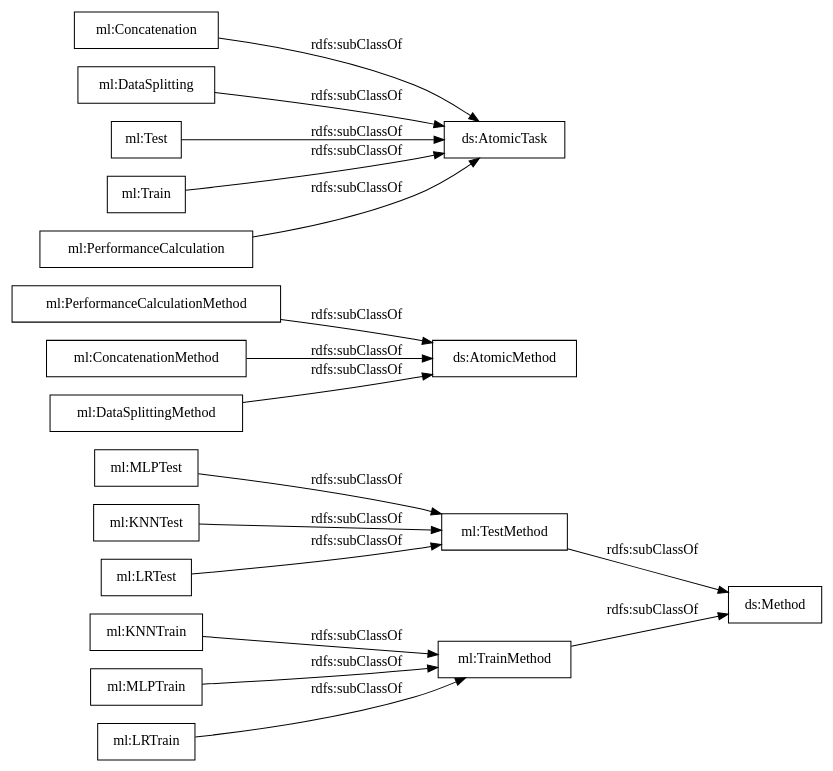
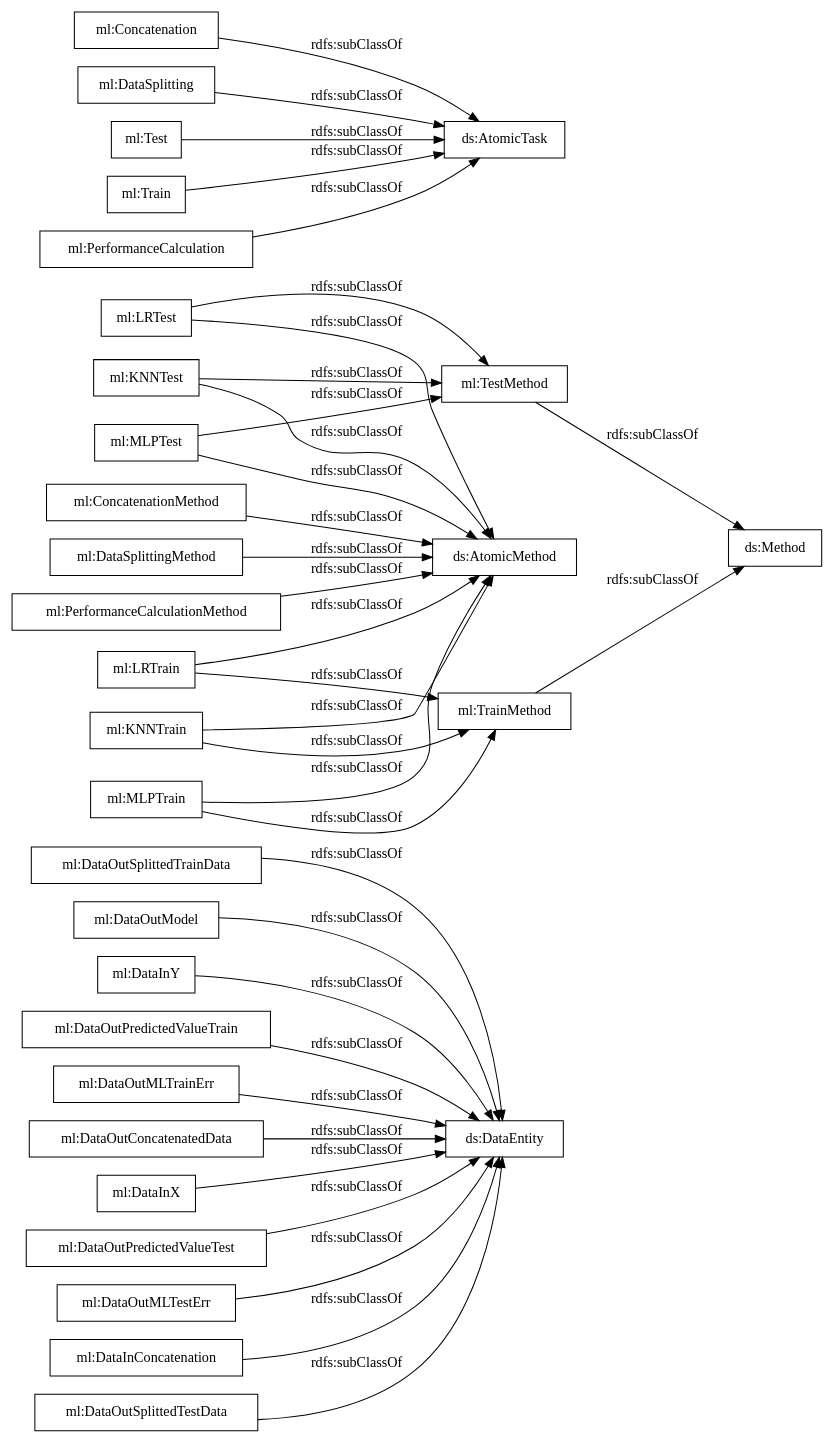
One commit to nsai-uio/ExeKGOntology changed the diagram in OnToology/ml_exeKGOntology.ttl/diagrams/ar2dtool-taxonomy/ml_exeKGOntology.ttl.png.dot. Above: the diagram before and after it, drawn with Graphviz. The commit also changed 35 other files, not shown here.

```diff
--- a/OnToology/ml_exeKGOntology.ttl/diagrams/ar2dtool-taxonomy/ml_exeKGOntology.ttl.png.dot
+++ b/OnToology/ml_exeKGOntology.ttl/diagrams/ar2dtool-taxonomy/ml_exeKGOntology.ttl.png.dot
@@ -1,22 +1,39 @@
 digraph ar2dtool_diagram { 
 rankdir=LR;
 size="1000"
-node [shape = rectangle, color="black"]; "ml:TrainMethod" "ml:PerformanceCalculationMethod" "ml:Concatenation" "ml:ConcatenationMethod" "ml:MLPTest" "ml:DataSplitting" "ml:KNNTest" "ml:Test" "ml:DataSplittingMethod" "ml:Train" "ml:PerformanceCalculation" "ml:LRTest" "ml:KNNTrain" "ml:MLPTrain" "ml:TestMethod" "ml:LRTrain" ; /*classes style*/
+node [shape = rectangle, color="black"]; "ml:DataOutSplittedTrainData" "ml:TrainMethod" "ml:DataOutModel" "ml:PerformanceCalculationMethod" "ml:Concatenation" "ml:ConcatenationMethod" "ml:DataInY" "ml:MLPTest" "ml:DataOutPredictedValueTrain" "ml:DataOutMLTrainErr" "ml:DataOutConcatenatedData" "ml:DataSplitting" "ml:KNNTest" "ml:Test" "ml:DataInX" "ml:DataSplittingMethod" "ml:Train" "ml:PerformanceCalculation" "ml:DataOutPredictedValueTest" "ml:LRTest" "ml:KNNTrain" "ml:DataOutMLTestErr" "ml:MLPTrain" "ml:TestMethod" "ml:LRTrain" "ml:DataInConcatenation" "ml:DataOutSplittedTestData" ; /*classes style*/
+	"ml:PerformanceCalculation" -> "ds:AtomicTask" [ label = "rdfs:subClassOf" ];
+	"ml:DataOutMLTestErr" -> "ds:DataEntity" [ label = "rdfs:subClassOf" ];
+	"ml:LRTrain" -> "ds:AtomicMethod" [ label = "rdfs:subClassOf" ];
+	"ml:LRTrain" -> "ml:TrainMethod" [ label = "rdfs:subClassOf" ];
+	"ml:LRTest" -> "ds:AtomicMethod" [ label = "rdfs:subClassOf" ];
+	"ml:LRTest" -> "ml:TestMethod" [ label = "rdfs:subClassOf" ];
+	"ml:DataOutSplittedTrainData" -> "ds:DataEntity" [ label = "rdfs:subClassOf" ];
+	"ml:ConcatenationMethod" -> "ds:AtomicMethod" [ label = "rdfs:subClassOf" ];
+	"ml:Test" -> "ds:AtomicTask" [ label = "rdfs:subClassOf" ];
+	"ml:DataInConcatenation" -> "ds:DataEntity" [ label = "rdfs:subClassOf" ];
+	"ml:DataOutPredictedValueTest" -> "ds:DataEntity" [ label = "rdfs:subClassOf" ];
+	"ml:DataOutSplittedTestData" -> "ds:DataEntity" [ label = "rdfs:subClassOf" ];
 	"ml:DataSplitting" -> "ds:AtomicTask" [ label = "rdfs:subClassOf" ];
+	"ml:DataInY" -> "ds:DataEntity" [ label = "rdfs:subClassOf" ];
+	"ml:DataSplittingMethod" -> "ds:AtomicMethod" [ label = "rdfs:subClassOf" ];
+	"ml:DataOutMLTrainErr" -> "ds:DataEntity" [ label = "rdfs:subClassOf" ];
+	"ml:KNNTest" -> "ds:AtomicMethod" [ label = "rdfs:subClassOf" ];
+	"ml:KNNTest" -> "ml:TestMethod" [ label = "rdfs:subClassOf" ];
+	"ml:DataInX" -> "ds:DataEntity" [ label = "rdfs:subClassOf" ];
+	"ml:DataOutPredictedValueTrain" -> "ds:DataEntity" [ label = "rdfs:subClassOf" ];
+	"ml:TrainMethod" -> "ds:Method" [ label = "rdfs:subClassOf" ];
+	"ml:TestMethod" -> "ds:Method" [ label = "rdfs:subClassOf" ];
+	"ml:MLPTest" -> "ds:AtomicMethod" [ label = "rdfs:subClassOf" ];
+	"ml:MLPTest" -> "ml:TestMethod" [ label = "rdfs:subClassOf" ];
+	"ml:PerformanceCalculationMethod" -> "ds:AtomicMethod" [ label = "rdfs:subClassOf" ];
+	"ml:DataOutConcatenatedData" -> "ds:DataEntity" [ label = "rdfs:subClassOf" ];
+	"ml:DataOutModel" -> "ds:DataEntity" [ label = "rdfs:subClassOf" ];
 	"ml:Train" -> "ds:AtomicTask" [ label = "rdfs:subClassOf" ];
+	"ml:MLPTrain" -> "ds:AtomicMethod" [ label = "rdfs:subClassOf" ];
 	"ml:MLPTrain" -> "ml:TrainMethod" [ label = "rdfs:subClassOf" ];
 	"ml:Concatenation" -> "ds:AtomicTask" [ label = "rdfs:subClassOf" ];
-	"ml:MLPTest" -> "ml:TestMethod" [ label = "rdfs:subClassOf" ];
-	"ml:TrainMethod" -> "ds:Method" [ label = "rdfs:subClassOf" ];
-	"ml:TestMethod" -> "ds:Method" [ label = "rdfs:subClassOf" ];
-	"ml:DataSplittingMethod" -> "ds:AtomicMethod" [ label = "rdfs:subClassOf" ];
+	"ml:KNNTrain" -> "ds:AtomicMethod" [ label = "rdfs:subClassOf" ];
 	"ml:KNNTrain" -> "ml:TrainMethod" [ label = "rdfs:subClassOf" ];
-	"ml:LRTrain" -> "ml:TrainMethod" [ label = "rdfs:subClassOf" ];
-	"ml:KNNTest" -> "ml:TestMethod" [ label = "rdfs:subClassOf" ];
-	"ml:LRTest" -> "ml:TestMethod" [ label = "rdfs:subClassOf" ];
-	"ml:Test" -> "ds:AtomicTask" [ label = "rdfs:subClassOf" ];
-	"ml:PerformanceCalculation" -> "ds:AtomicTask" [ label = "rdfs:subClassOf" ];
-	"ml:ConcatenationMethod" -> "ds:AtomicMethod" [ label = "rdfs:subClassOf" ];
-	"ml:PerformanceCalculationMethod" -> "ds:AtomicMethod" [ label = "rdfs:subClassOf" ];
 
 }
```
